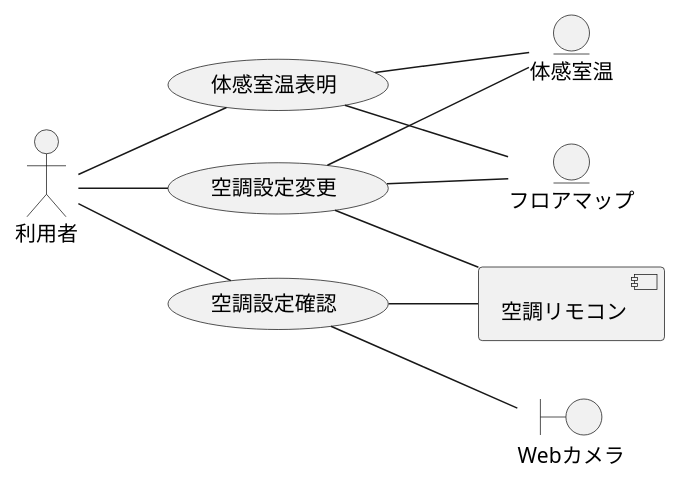
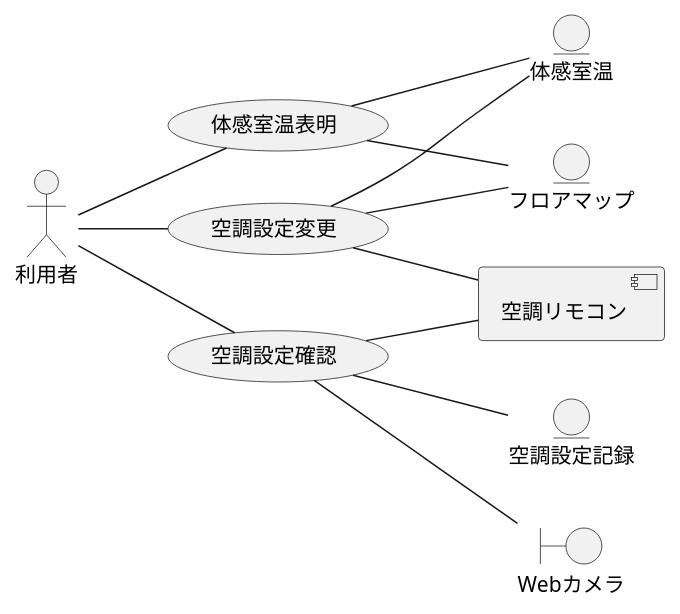
Before and after one commit to kkismd/document-template: the diagram in user-buc.puml, drawn with PlantUML. The commit also changed 8 other files, not shown here.

```diff
--- a/user-buc.puml
+++ b/user-buc.puml
@@ -1,24 +1,28 @@
 @startuml
 left to right direction
 
 actor 利用者
 usecase 体感室温表明
 usecase 空調設定変更
+together {
 entity 体感室温
 entity フロアマップ
+}
+entity 空調設定記録
 component 空調リモコン
 usecase 空調設定確認
 boundary Webカメラ
 
 利用者 -- 体感室温表明
 体感室温表明 -- 体感室温
 体感室温表明 -- フロアマップ
 利用者 -- 空調設定確認
 利用者 -- 空調設定変更
 空調設定変更 -- フロアマップ
 空調設定変更 -- 体感室温
 空調設定変更 -- 空調リモコン
 空調設定確認 -- 空調リモコン
 空調設定確認 -- Webカメラ
+空調設定確認 -- 空調設定記録
 
 @enduml
```
